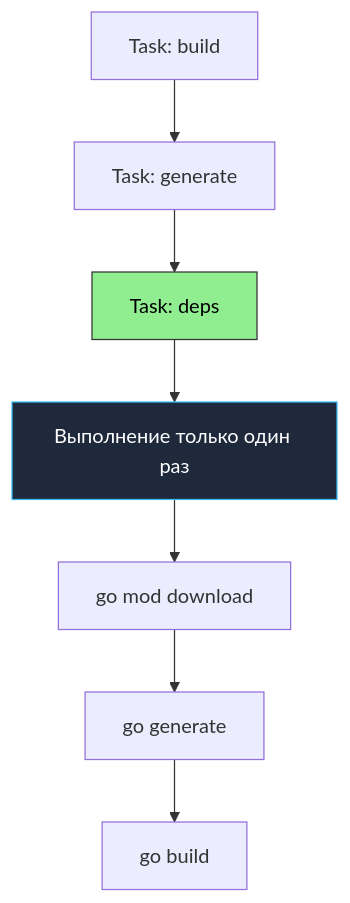
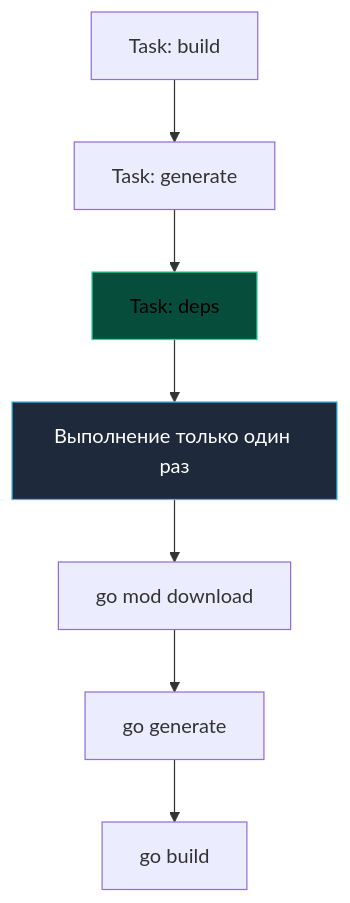
One commit to UnrealTemplier/go-textbook changed the diagram in sources/8. Инфраструктура языка, Тулинг и CI_CD/21. Taskfile как альтернатива Makefile.md. Above: the diagram before and after it, drawn with Mermaid. The commit also changed 310 other files, not shown here.

First line of the commit message:
fix(mermaid): replace light fill colors with dark palette for readability on dark theme

````diff
--- a/sources/8. Инфраструктура языка, Тулинг и CI_CD/21. Taskfile как альтернатива Makefile.md
+++ b/sources/8. Инфраструктура языка, Тулинг и CI_CD/21. Taskfile как альтернатива Makefile.md
@@ -80,13 +80,13 @@
 ```mermaid
 flowchart TD
     A["Task: build"] --> B["Task: generate"]
     B --> C["Task: deps"]
     
     C --> D["Выполнение только один раз"]
     D --> E["go mod download"]
     E --> F["go generate"]
     F --> G["go build"]
     
-    style C fill:#90EE90,stroke:#333,color:#000
+    style C fill:#064e3b,stroke:#34d399,color:#000
     style D fill:#1e293b,stroke:#38bdf8,color:#fff
 ```
````
